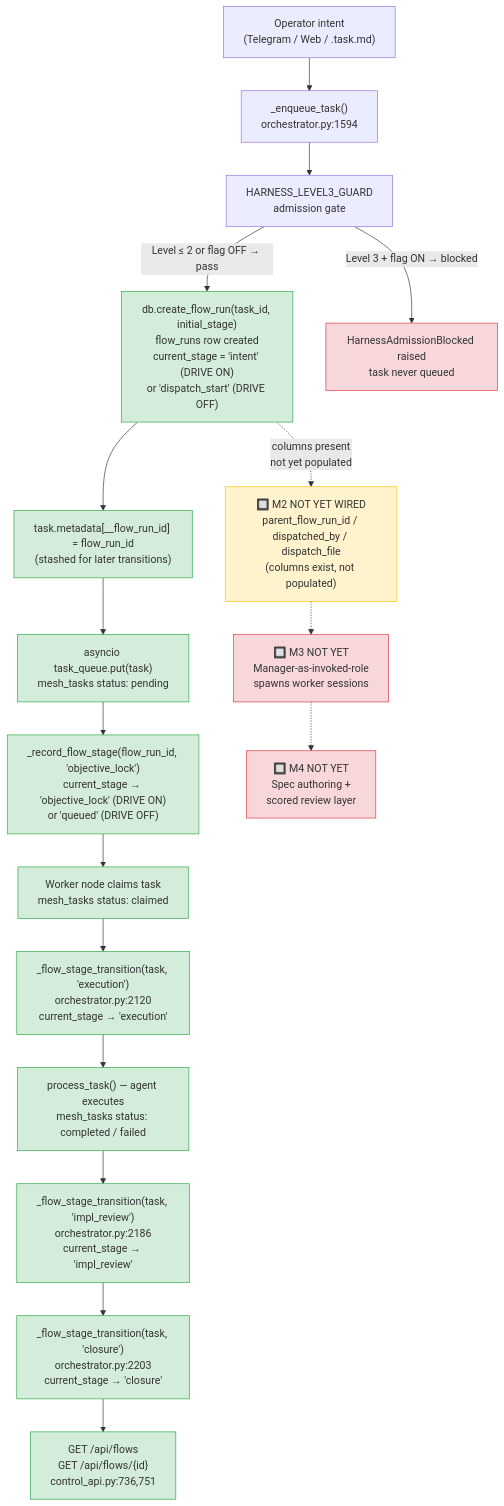
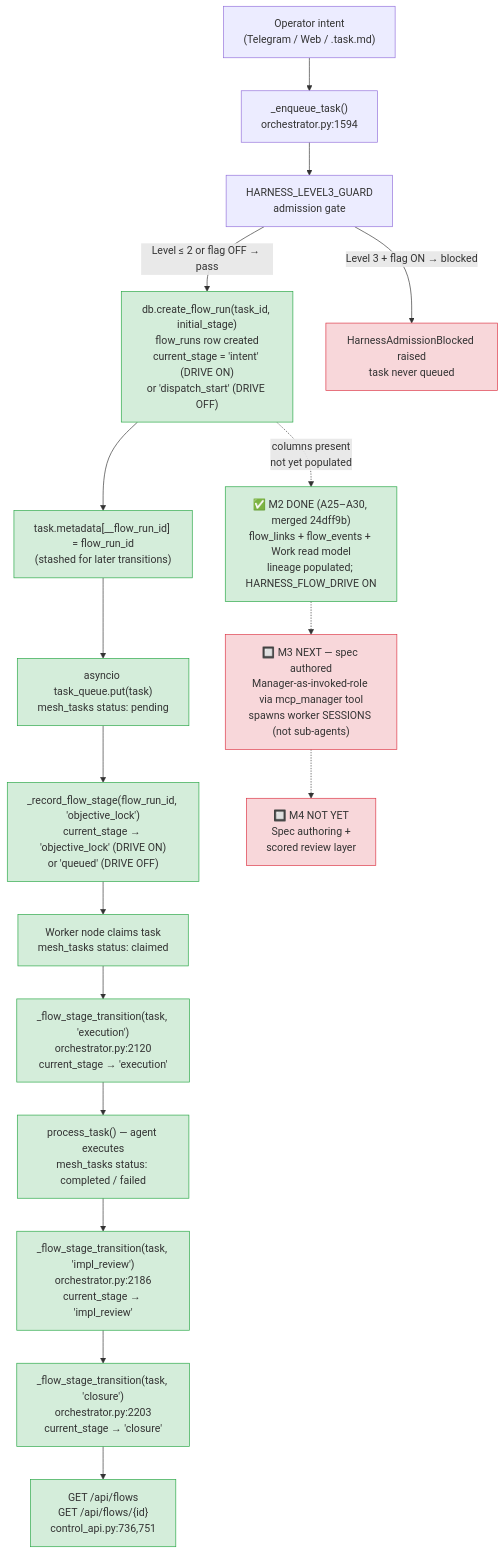
Before and after one commit to nydiokar/AI-team: the diagram in docs/harness/FLOW_MAP.md, drawn with Mermaid. The commit also changed other lines of this file and 4 other files, not shown here.

First line of the commit message:
docs(v0.6): close M2 as merged + author M3 spec & backend-readiness dossier

````diff
--- a/docs/harness/FLOW_MAP.md
+++ b/docs/harness/FLOW_MAP.md
@@ -27,51 +27,51 @@
 ```mermaid
 flowchart TD
     A["Operator intent\n(Telegram / Web / .task.md)"]
     B["_enqueue_task()\norchestrator.py:1594"]
     C["HARNESS_LEVEL3_GUARD\nadmission gate"]
     D["db.create_flow_run(task_id, initial_stage)\nflow_runs row created\ncurrent_stage = 'intent' (DRIVE ON)\nor 'dispatch_start' (DRIVE OFF)"]
     E["task.metadata[__flow_run_id] = flow_run_id\n(stashed for later transitions)"]
     F["asyncio task_queue.put(task)\nmesh_tasks status: pending"]
     G["_record_flow_stage(flow_run_id, 'objective_lock')\ncurrent_stage → 'objective_lock' (DRIVE ON)\nor 'queued' (DRIVE OFF)"]
     H["Worker node claims task\nmesh_tasks status: claimed"]
     I["_flow_stage_transition(task, 'execution')\norchestrator.py:2120\ncurrent_stage → 'execution'"]
     J["process_task() — agent executes\nmesh_tasks status: completed / failed"]
     K["_flow_stage_transition(task, 'impl_review')\norchestrator.py:2186\ncurrent_stage → 'impl_review'"]
     L["_flow_stage_transition(task, 'closure')\norchestrator.py:2203\ncurrent_stage → 'closure'"]
     M["GET /api/flows\nGET /api/flows/{id}\ncontrol_api.py:736,751"]
-    N["🔲 M2 NOT YET WIRED\nparent_flow_run_id / dispatched_by / dispatch_file\n(columns exist, not populated)"]
-    O["🔲 M3 NOT YET\nManager-as-invoked-role\nspawns worker sessions"]
+    N["✅ M2 DONE (A25–A30, merged 24dff9b)\nflow_links + flow_events + Work read model\nlineage populated; HARNESS_FLOW_DRIVE ON"]
+    O["🔲 M3 NEXT — spec authored\nManager-as-invoked-role via mcp_manager tool\nspawns worker SESSIONS (not sub-agents)"]
     P["🔲 M4 NOT YET\nSpec authoring +\nscored review layer"]
 
     A --> B
     B --> C
     C -- "Level ≤ 2 or flag OFF → pass" --> D
     C -- "Level 3 + flag ON → blocked" --> BLOCKED["HarnessAdmissionBlocked raised\ntask never queued"]
     D --> E
     E --> F
     F --> G
     G --> H
     H --> I
     I --> J
     J --> K
     K --> L
     L --> M
     D -.->|"columns present\nnot yet populated"| N
     N -.-> O
     O -.-> P
 
     style D fill:#d4edda,stroke:#28a745
     style E fill:#d4edda,stroke:#28a745
     style F fill:#d4edda,stroke:#28a745
     style G fill:#d4edda,stroke:#28a745
     style H fill:#d4edda,stroke:#28a745
     style I fill:#d4edda,stroke:#28a745
     style J fill:#d4edda,stroke:#28a745
     style K fill:#d4edda,stroke:#28a745
     style L fill:#d4edda,stroke:#28a745
     style M fill:#d4edda,stroke:#28a745
-    style N fill:#fff3cd,stroke:#ffc107
+    style N fill:#d4edda,stroke:#28a745
     style O fill:#f8d7da,stroke:#dc3545
     style P fill:#f8d7da,stroke:#dc3545
     style BLOCKED fill:#f8d7da,stroke:#dc3545
 ```
````
